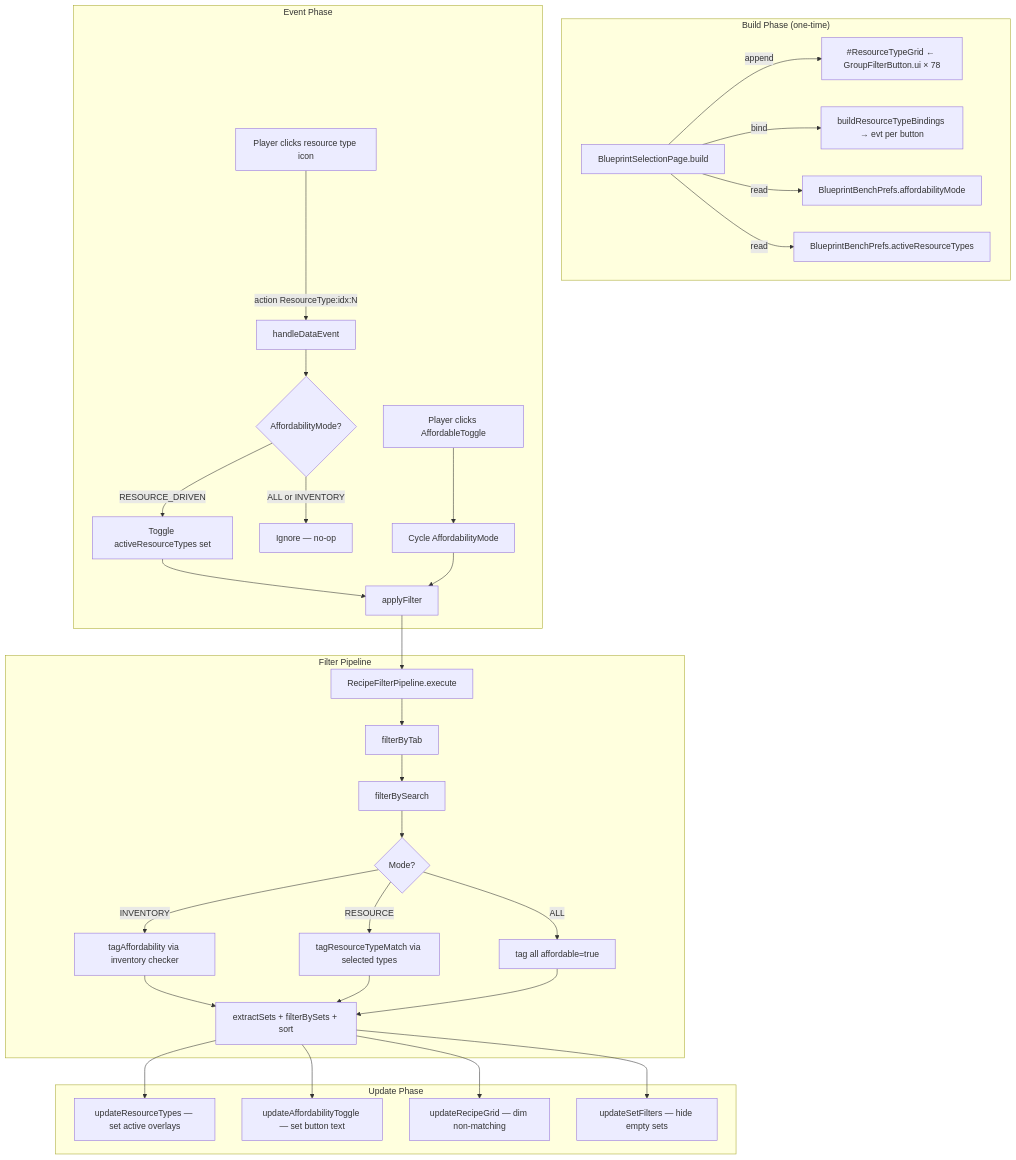
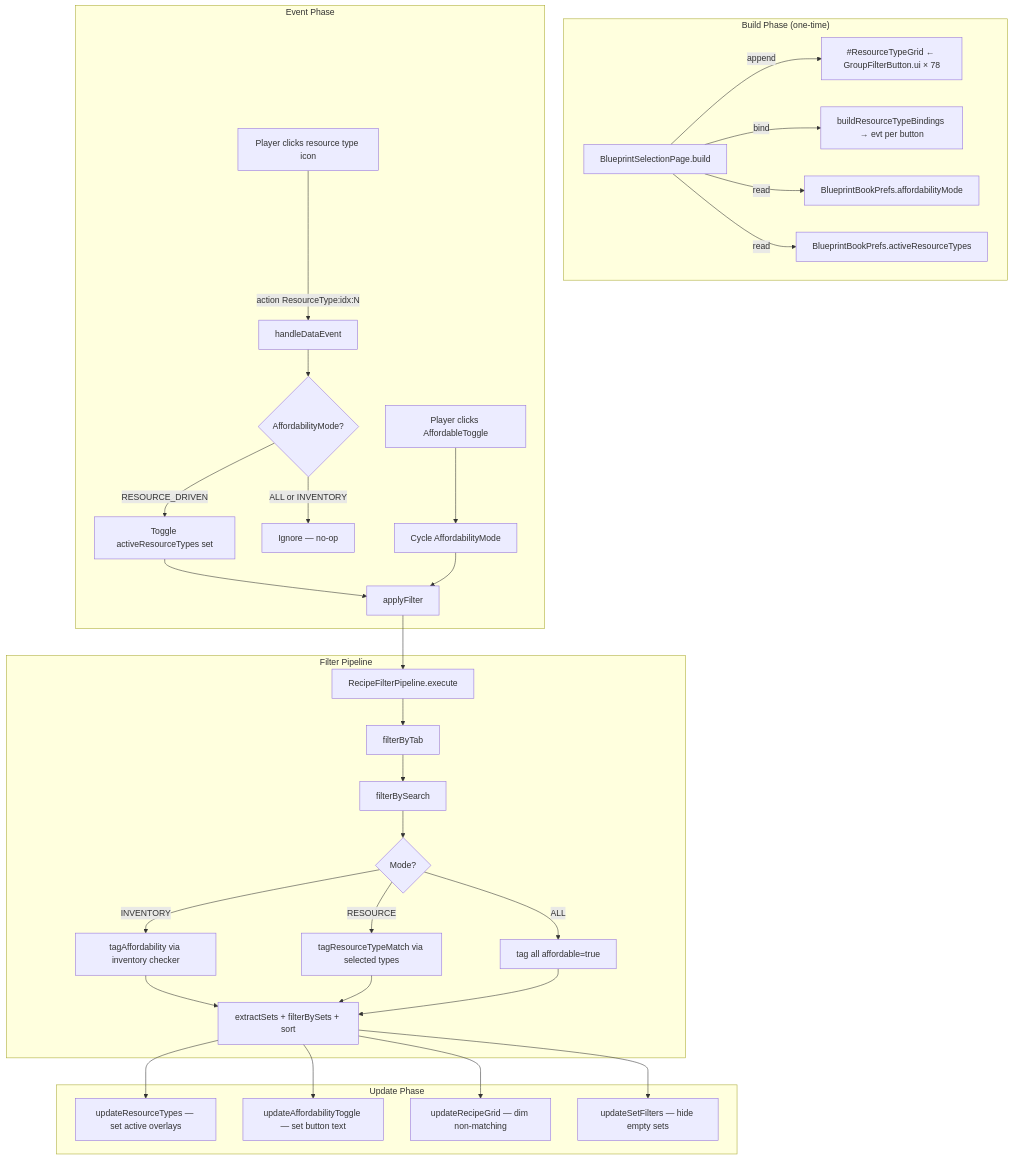
The diagram in docs/design-resource-type-filter.md (TheCodeCreature/Hytale-Example-Plugin), drawn with Mermaid before and after one commit. The commit also changed other lines of this file and 120 other files, not shown here.

First line of the commit message:
Refactor Blueprint Bench to Blueprint Book

````diff
--- a/docs/design-resource-type-filter.md
+++ b/docs/design-resource-type-filter.md
@@ -440,40 +440,40 @@
 ```mermaid
 graph TB
     subgraph "Build Phase (one-time)"
         A[BlueprintSelectionPage.build] -->|append| B["#ResourceTypeGrid ← GroupFilterButton.ui × 78"]
         A -->|bind| C[buildResourceTypeBindings → evt per button]
-        A -->|read| D[BlueprintBenchPrefs.affordabilityMode]
-        A -->|read| E[BlueprintBenchPrefs.activeResourceTypes]
+        A -->|read| D[BlueprintBookPrefs.affordabilityMode]
+        A -->|read| E[BlueprintBookPrefs.activeResourceTypes]
     end
 
     subgraph "Event Phase"
         F[Player clicks resource type icon] -->|action ResourceType:idx:N| G[handleDataEvent]
         G --> H{AffordabilityMode?}
         H -->|RESOURCE_DRIVEN| I[Toggle activeResourceTypes set]
         H -->|ALL or INVENTORY| J[Ignore — no-op]
         I --> K[applyFilter]
         
         L[Player clicks AffordableToggle] --> M[Cycle AffordabilityMode]
         M --> K
     end
 
     subgraph "Filter Pipeline"
         K --> N[RecipeFilterPipeline.execute]
         N --> O[filterByTab]
         O --> P[filterBySearch]
         P --> Q{Mode?}
         Q -->|INVENTORY| R[tagAffordability via inventory checker]
         Q -->|RESOURCE| S[tagResourceTypeMatch via selected types]
         Q -->|ALL| T[tag all affordable=true]
         R --> U[extractSets + filterBySets + sort]
         S --> U
         T --> U
     end
 
     subgraph "Update Phase"
         U --> V[updateResourceTypes — set active overlays]
         U --> W[updateAffordabilityToggle — set button text]
         U --> X[updateRecipeGrid — dim non-matching]
         U --> Y[updateSetFilters — hide empty sets]
     end
 ```
````
